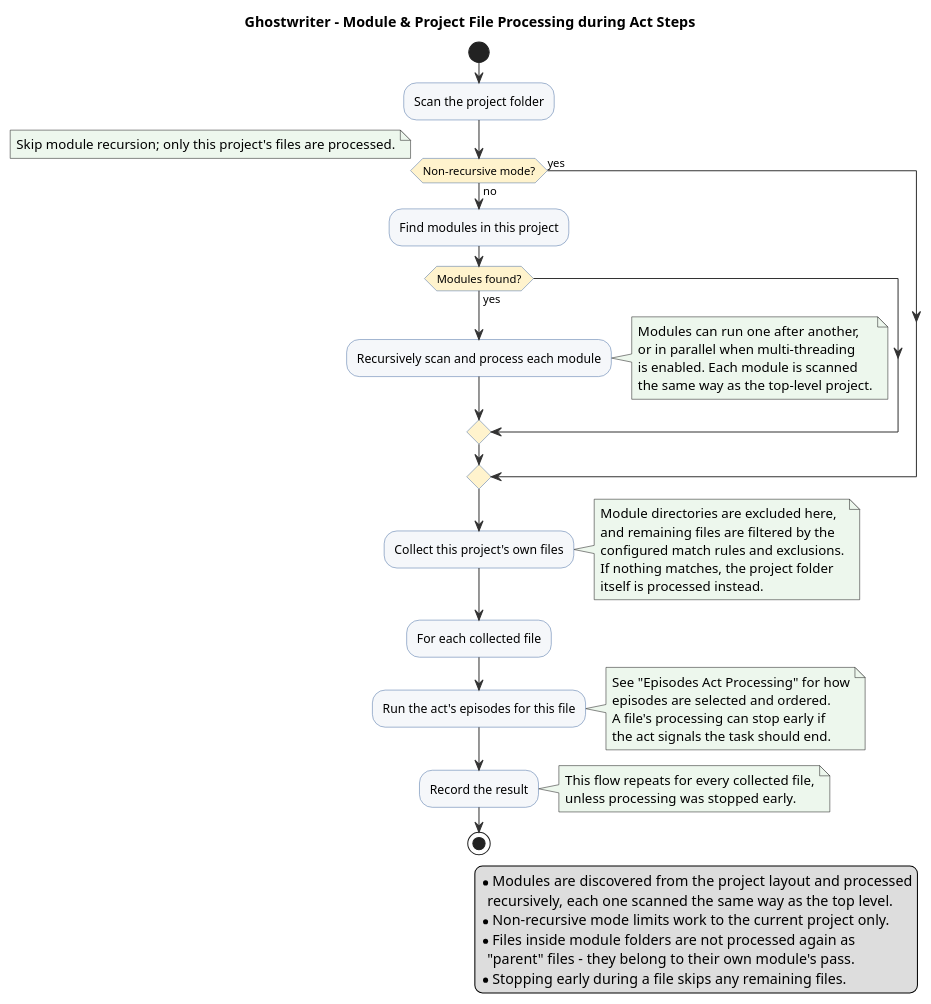
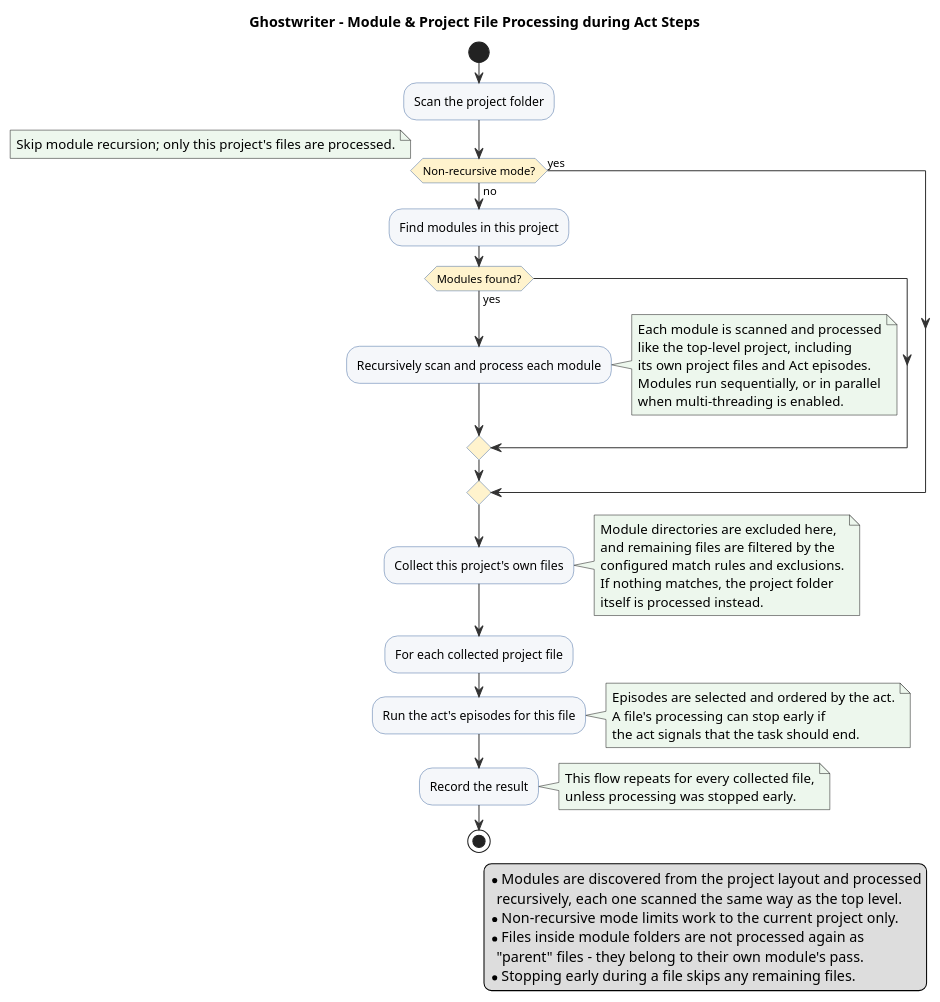
The diagram in src/site/puml/module-file-act-processing.puml (machanism-org/ghostwriter), drawn with PlantUML before and after one commit. The commit also changed 8 other files, not shown here.

```diff
--- a/src/site/puml/module-file-act-processing.puml
+++ b/src/site/puml/module-file-act-processing.puml
@@ -7,66 +7,66 @@
 @startuml
 title Ghostwriter - Module & Project File Processing during Act Steps
 
 skinparam ArrowColor #333333
 skinparam ActivityBackgroundColor #F5F7FA
 skinparam ActivityBorderColor #4A6FA5
 skinparam ActivityDiamondBackgroundColor #FFF3CD
 skinparam NoteBackgroundColor #EDF7ED
 
 start
 
 :Scan the project folder;
 
 if (Non-recursive mode?) then (yes)
   note right: Skip module recursion; only this project's files are processed.
 else (no)
   :Find modules in this project;
   if (Modules found?) then (yes)
     :Recursively scan and process each module;
     note right
-      Modules can run one after another,
-      or in parallel when multi-threading
-      is enabled. Each module is scanned
-      the same way as the top-level project.
+      Each module is scanned and processed
+      like the top-level project, including
+      its own project files and Act episodes.
+      Modules run sequentially, or in parallel
+      when multi-threading is enabled.
     end note
   endif
 endif
 
 :Collect this project's own files;
 note right
   Module directories are excluded here,
   and remaining files are filtered by the
   configured match rules and exclusions.
   If nothing matches, the project folder
   itself is processed instead.
 end note
 
-:For each collected file;
+:For each collected project file;
 
 :Run the act's episodes for this file;
 note right
-  See "Episodes Act Processing" for how
-  episodes are selected and ordered.
+  Episodes are selected and ordered by the act.
   A file's processing can stop early if
-  the act signals the task should end.
+  the act signals that the task should end.
 end note
 
 :Record the result;
 
 note right
   This flow repeats for every collected file,
   unless processing was stopped early.
 end note
 
 stop
 
 legend right
   * Modules are discovered from the project layout and processed
     recursively, each one scanned the same way as the top level.
   * Non-recursive mode limits work to the current project only.
   * Files inside module folders are not processed again as
     "parent" files - they belong to their own module's pass.
   * Stopping early during a file skips any remaining files.
 endlegend
 
 @enduml
```
